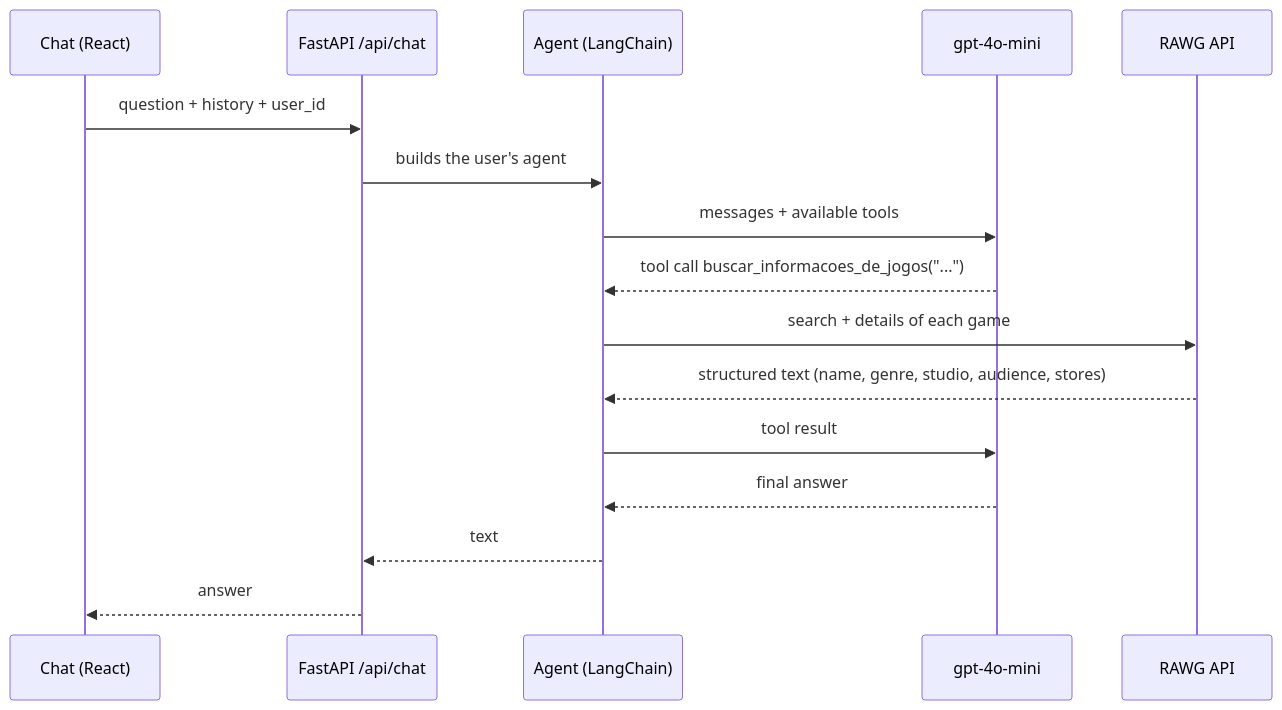
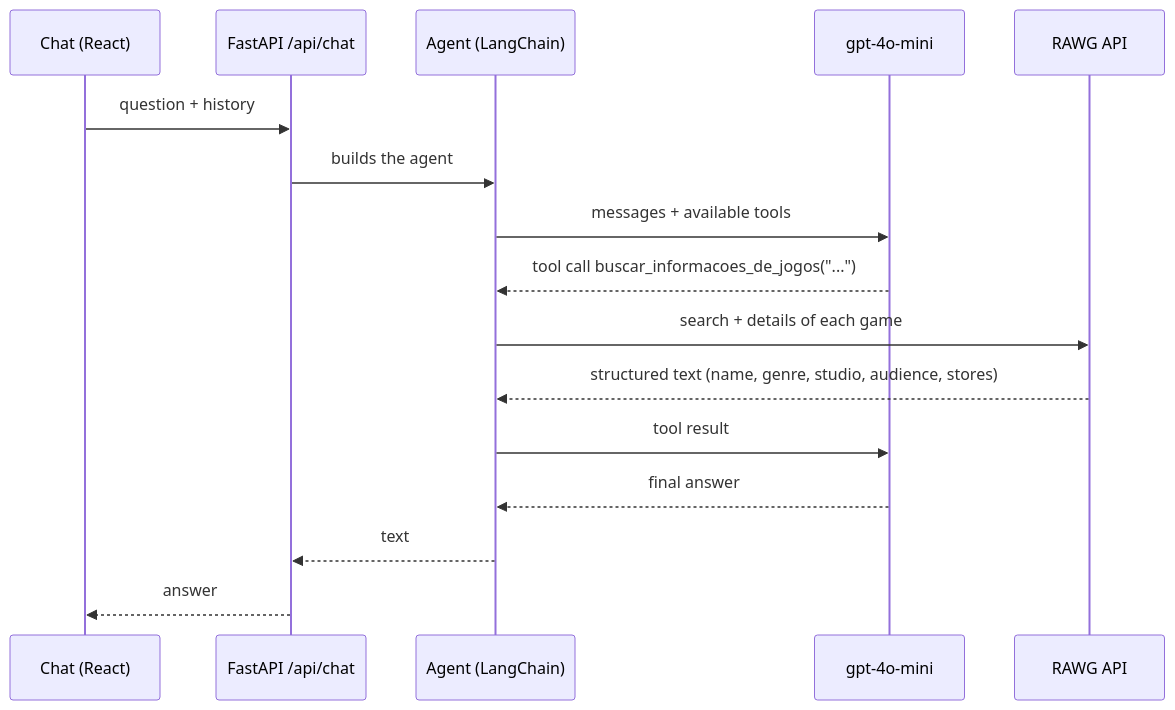
Before and after one commit to ddmdros/Netplay: the diagram in README.md, drawn with Mermaid. The commit also changed other lines of this file and 11 other files, not shown here.

````diff
--- a/README.md
+++ b/README.md
@@ -13,18 +12,18 @@
 ```mermaid
 sequenceDiagram
     participant U as Chat (React)
     participant A as FastAPI /api/chat
     participant G as Agent (LangChain)
     participant L as gpt-4o-mini
     participant R as RAWG API
-    U->>A: question + history + user_id
-    A->>G: builds the user's agent
+    U->>A: question + history
+    A->>G: builds the agent
     G->>L: messages + available tools
     L-->>G: tool call buscar_informacoes_de_jogos("...")
     G->>R: search + details of each game
     R-->>G: structured text (name, genre, studio, audience, stores)
     G->>L: tool result
     L-->>G: final answer
     G-->>A: text
     A-->>U: answer
 ```
````
